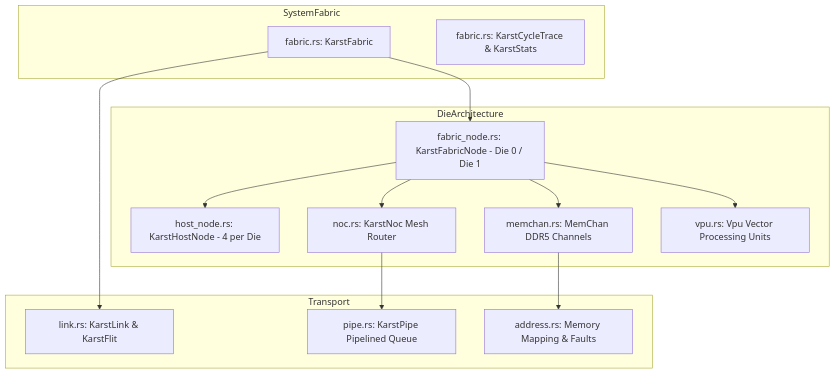
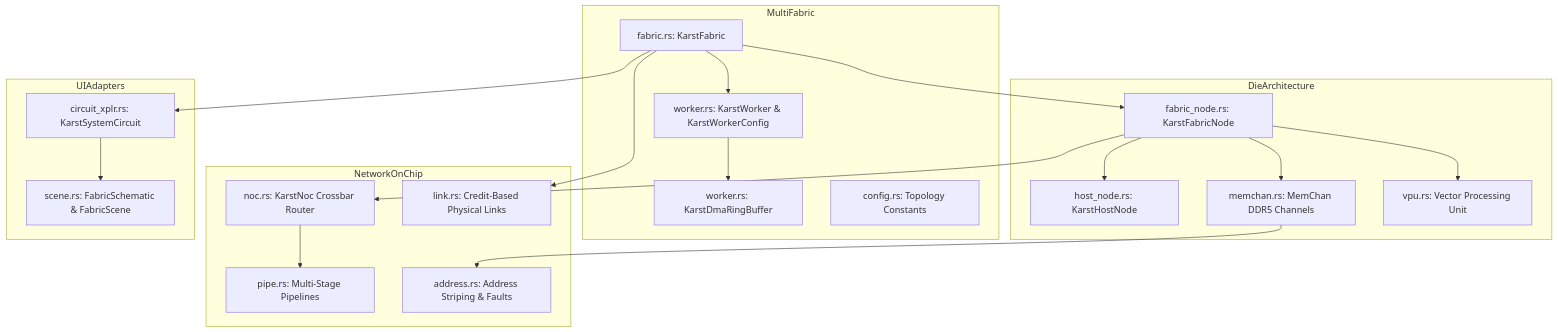
One commit to jswarup/Trellis changed the diagram in wiki/modules/karst.md. Above: the diagram before and after it, drawn with Mermaid. The commit also changed other lines of this file and 16 other files, not shown here.

````diff
--- a/wiki/modules/karst.md
+++ b/wiki/modules/karst.md
@@ -28,28 +26,38 @@
 ```mermaid
 flowchart TD
-    subgraph SystemFabric
+    subgraph MultiFabric
         Fabric[fabric.rs: KarstFabric]
-        Trace[fabric.rs: KarstCycleTrace & KarstStats]
+        Worker[worker.rs: KarstWorker & KarstWorkerConfig]
+        DmaRing[worker.rs: KarstDmaRingBuffer]
+        Config[config.rs: Topology Constants]
     end
     subgraph DieArchitecture
-        FabricNode[fabric_node.rs: KarstFabricNode - Die 0 / Die 1]
-        HostNode[host_node.rs: KarstHostNode - 4 per Die]
-        NoC[noc.rs: KarstNoc Mesh Router]
+        FabricNode[fabric_node.rs: KarstFabricNode]
+        HostNode[host_node.rs: KarstHostNode]
         MemChan[memchan.rs: MemChan DDR5 Channels]
-        VPU[vpu.rs: Vpu Vector Processing Units]
+        VPU[vpu.rs: Vector Processing Unit]
     end
-    subgraph Transport
-        Link[link.rs: KarstLink & KarstFlit]
-        Pipe[pipe.rs: KarstPipe Pipelined Queue]
-        Address[address.rs: Memory Mapping & Faults]
+    subgraph NetworkOnChip
+        NoC[noc.rs: KarstNoc Crossbar Router]
+        Pipe[pipe.rs: Multi-Stage Pipelines]
+        Link[link.rs: Credit-Based Physical Links]
+        Address[address.rs: Address Striping & Faults]
+    end
+    subgraph UIAdapters
+        CircuitXplr[circuit_xplr.rs: KarstSystemCircuit]
+        Scene[scene.rs: FabricSchematic & FabricScene]
     end
 
     Fabric --> FabricNode
+    Fabric --> Worker
+    Worker --> DmaRing
     FabricNode --> HostNode
     FabricNode --> NoC
     FabricNode --> MemChan
     FabricNode --> VPU
     NoC --> Pipe
     Fabric --> Link
     MemChan --> Address
+    Fabric --> CircuitXplr
+    CircuitXplr --> Scene
 ```
````
